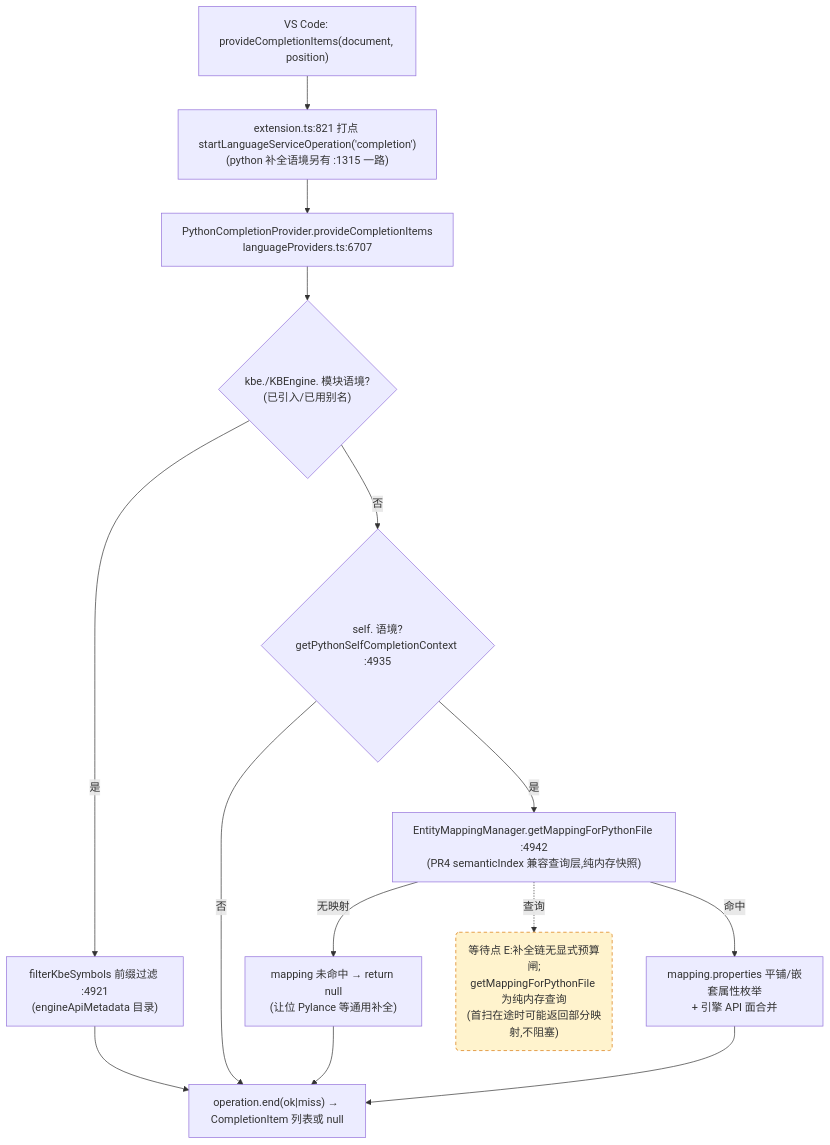
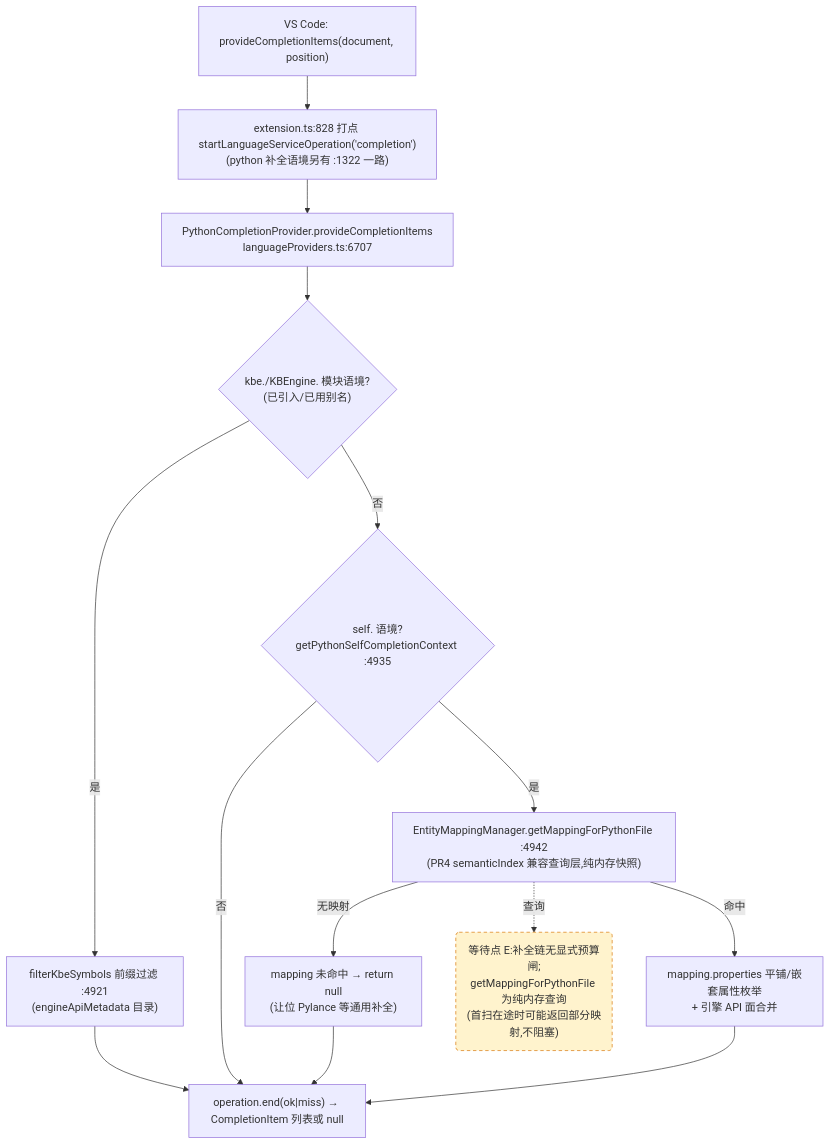
Before and after one commit to cuihairu/kode: the third of 4 diagrams in docs/perf/2026-baseline.md, drawn with Mermaid. The commit also changed other lines of this file and 7 other files, not shown here.

Commit message:
perf: cache flow analysis parse by document version

````diff
--- a/docs/perf/2026-baseline.md
+++ b/docs/perf/2026-baseline.md
@@ -184,27 +184,27 @@
 ```mermaid
 flowchart TD
   VC3["VS Code: provideCompletionItems(document, position)"]
-  M3["extension.ts:821 打点 startLanguageServiceOperation('completion')<br/>(python 补全语境另有 :1315 一路)"]
+  M3["extension.ts:828 打点 startLanguageServiceOperation('completion')<br/>(python 补全语境另有 :1322 一路)"]
   CP["PythonCompletionProvider.provideCompletionItems<br/>languageProviders.ts:6707"]
   KBEC{"kbe./KBEngine. 模块语境?<br/>(已引入/已用别名)"}
   FILTER["filterKbeSymbols 前缀过滤 :4921<br/>(engineApiMetadata 目录)"]
   SELFC{"self. 语境?<br/>getPythonSelfCompletionContext :4935"}
   MAP["EntityMappingManager.getMappingForPythonFile :4942<br/>(PR4 semanticIndex 兼容查询层,纯内存快照)"]
   NOMAP["mapping 未命中 → return null<br/>(让位 Pylance 等通用补全)"]
   PROPS["mapping.properties 平铺/嵌套属性枚举<br/>+ 引擎 API 面合并"]
   END3["operation.end(ok|miss) → CompletionItem 列表或 null"]
 
   VC3 --> M3 --> CP --> KBEC
   KBEC -- "是" --> FILTER --> END3
   KBEC -- "否" --> SELFC
   SELFC -- "否" --> END3
   SELFC -- "是" --> MAP
   MAP -- "无映射" --> NOMAP --> END3
   MAP -- "命中" --> PROPS --> END3
 
   WAITE("等待点 E:补全链无显式预算闸;<br/>getMappingForPythonFile 为纯内存查询<br/>(首扫在途时可能返回部分映射,不阻塞)")
   MAP -.->|查询| WAITE
 
   classDef waitPoint fill:#fff3cd,stroke:#d97706,stroke-dasharray:5 4;
   class WAITE waitPoint;
 ```
````
